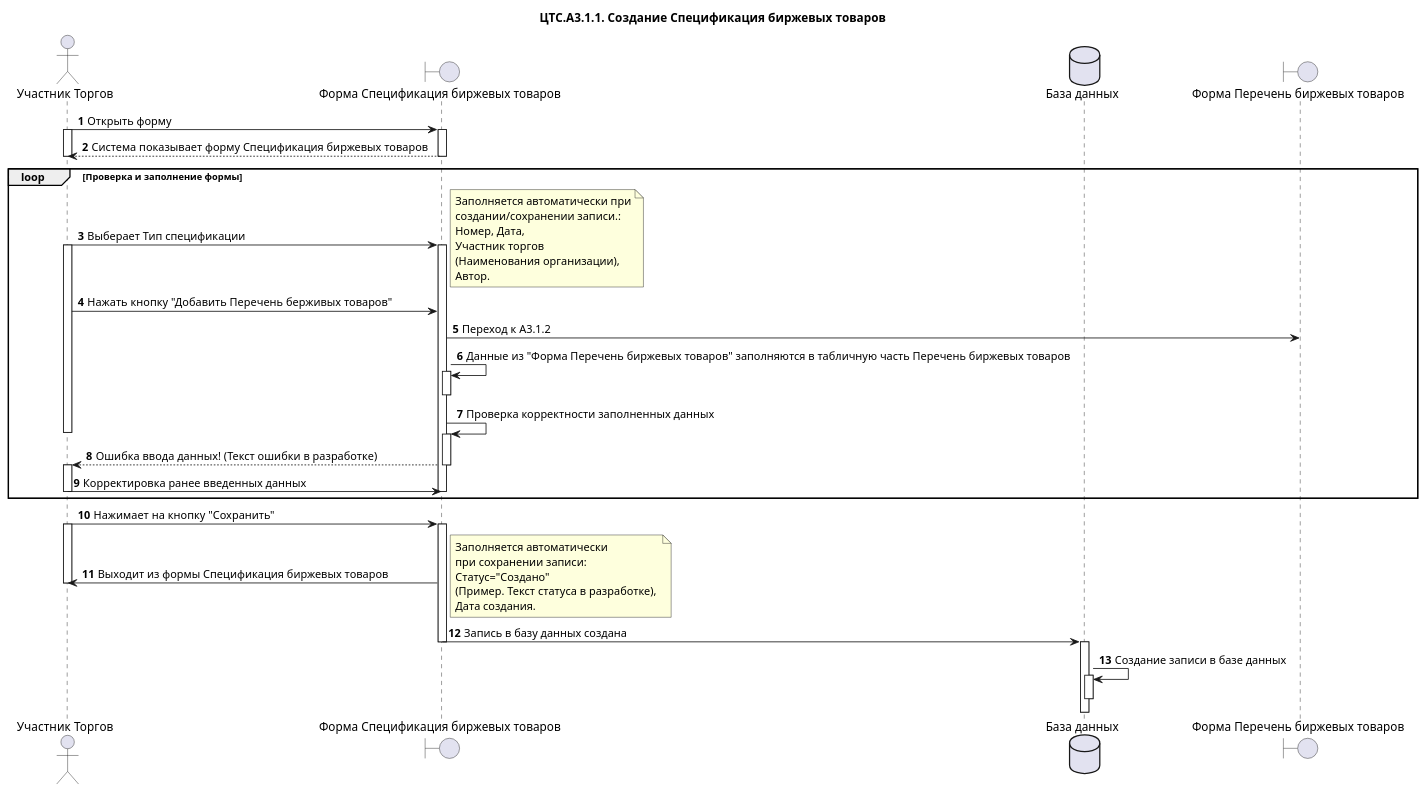
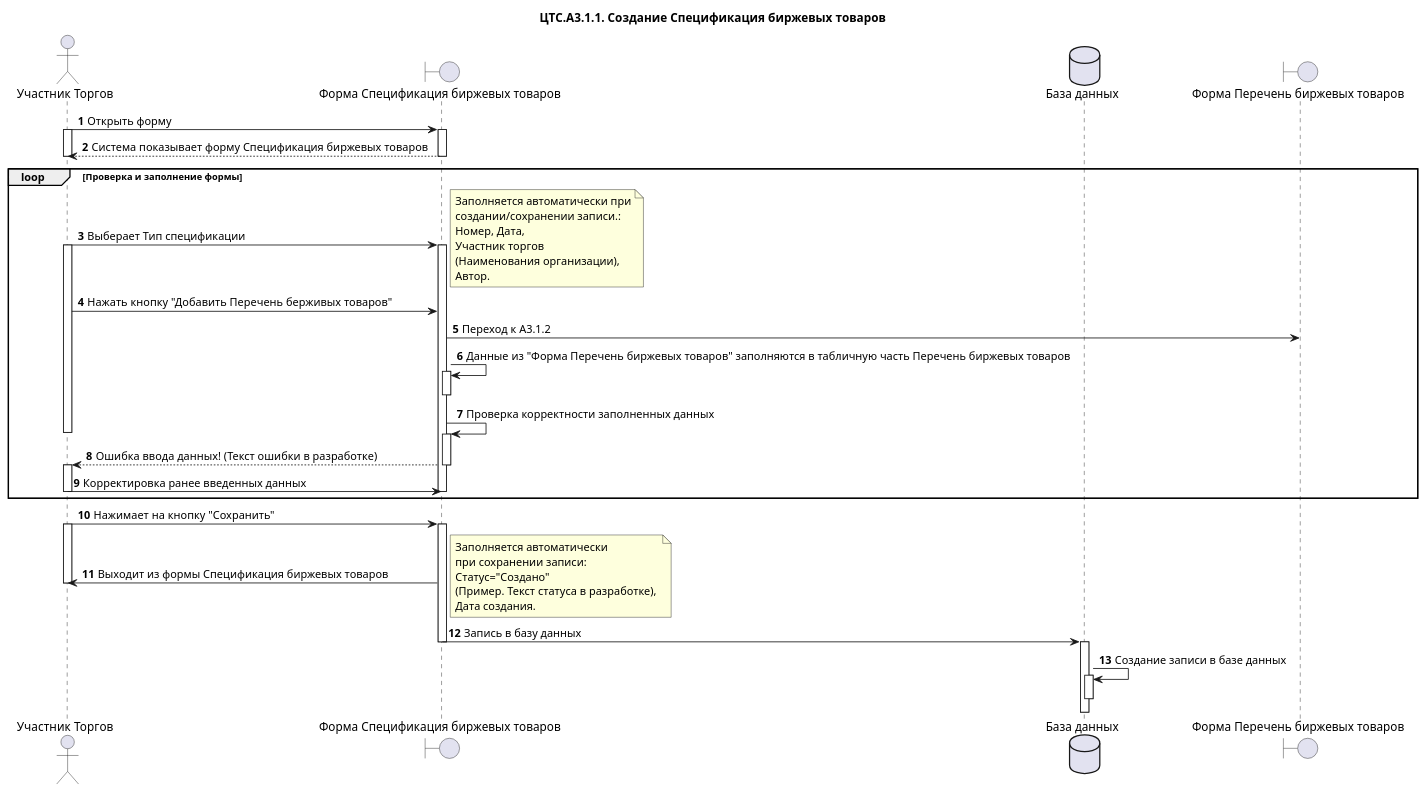
The diagram in Project solutions/БП. Диаграммы/A3.Управление Каталогом ТРУ/A3.1.Допуск товара к торгам/ЦТС.А3.1.1.Создание Спецификация биржевых товаров.wsd (moaxmoaxpxrf4jag/CTS.Documentation), drawn with PlantUML before and after one commit.

```diff
--- a/Project solutions/БП. Диаграммы/A3.Управление Каталогом ТРУ/A3.1.Допуск товара к торгам/ЦТС.А3.1.1.Создание Спецификация биржевых товаров.wsd
+++ b/Project solutions/БП. Диаграммы/A3.Управление Каталогом ТРУ/A3.1.Допуск товара к торгам/ЦТС.А3.1.1.Создание Спецификация биржевых товаров.wsd
@@ -1,69 +1,69 @@
 @startuml "ЦТС.А3.1 Допуск товара к торгам"
 title "ЦТС.А3.1.1. Создание Спецификация биржевых товаров"
 actor "Участник Торгов" as User
 boundary "Форма Спецификация биржевых товаров" as SpecificationForm
 database "База данных" as Database
 boundary "Форма Перечень биржевых товаров" as SpecificationCommoditiesForm
 
 autonumber
 User -> SpecificationForm: Открыть форму
 activate User
 activate SpecificationForm
 
 SpecificationForm-->User: Система показывает форму Спецификация биржевых товаров
 deactivate User
 deactivate SpecificationForm
 
 loop Проверка и заполнение формы
 
 User -> SpecificationForm: Выберает Тип спецификации
 note right
     Заполняется автоматически при
     создании/сохранении записи.: 
     Номер, Дата, 
     Участник торгов
     (Наименования организации), 
     Автор.
  end note
 activate User
 activate SpecificationForm
 
 User -> SpecificationForm: Нажать кнопку "Добавить Перечень берживых товаров"
 SpecificationForm -> SpecificationCommoditiesForm: Переход к А3.1.2
 SpecificationForm -> SpecificationForm: Данные из "Форма Перечень биржевых товаров" заполняются в табличную часть Перечень биржевых товаров
 activate SpecificationForm
 deactivate SpecificationForm
 SpecificationForm -> SpecificationForm: Проверка корректности заполненных данных 
 activate SpecificationForm
 deactivate User
 
 SpecificationForm --> User: Ошибка ввода данных! (Текст ошибки в разработке) 
 deactivate SpecificationForm
 activate User
 
 User->SpecificationForm: Корректировка ранее введенных данных
 deactivate User
 deactivate SpecificationForm
 end
 
 
 User -> SpecificationForm: Нажимает на кнопку "Cохранить"
 activate SpecificationForm
 activate User
 SpecificationForm->User: Выходит из формы Спецификация биржевых товаров
 deactivate User
 note right
     Заполняется автоматически 
     при сохранении записи: 
     Статус="Создано"
     (Пример. Текст статуса в разработке), 
     Дата создания.
 end note
-SpecificationForm->Database: Запись в базу данных создана
+SpecificationForm->Database: Запись в базу данных
 deactivate SpecificationForm
 
 activate Database
 Database->Database: Создание записи в базе данных
 activate Database
 deactivate Database
 @enduml
```
